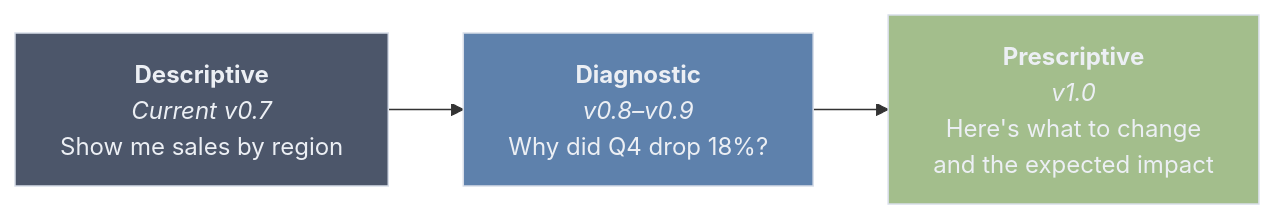
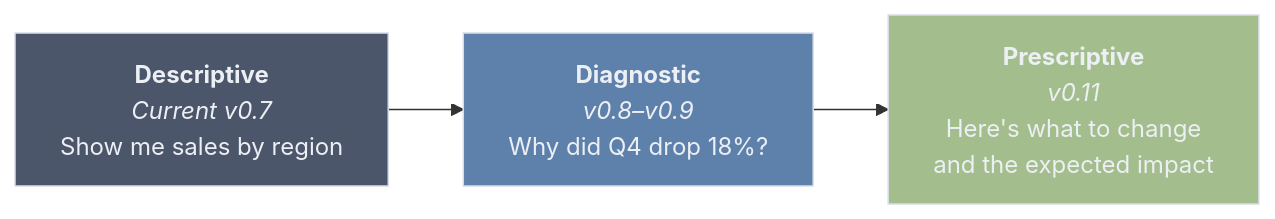
Before and after one commit to nuelo-ai/nuelo-spectra: the first of 6 diagrams in requirements/Spectra-Pulse-Requirement.md, drawn with Mermaid. The commit also changed other lines of this file and 2 other files, not shown here.

First line of the commit message:
docs: update milestone versioning — What-If is v0.11, Admin Workspace is v0.12

````diff
--- a/requirements/Spectra-Pulse-Requirement.md
+++ b/requirements/Spectra-Pulse-Requirement.md
@@ -26,10 +26,10 @@
 ```mermaid
 graph LR
     A["<b>Descriptive</b><br/><i>Current v0.7</i><br/>Show me sales by region"] -->
     B["<b>Diagnostic</b><br/><i>v0.8–v0.9</i><br/>Why did Q4 drop 18%?"] -->
-    C["<b>Prescriptive</b><br/><i>v1.0</i><br/>Here's what to change<br/>and the expected impact"]
+    C["<b>Prescriptive</b><br/><i>v0.11</i><br/>Here's what to change<br/>and the expected impact"]
 
     style A fill:#4C566A,stroke:#D8DEE9,color:#ECEFF4
     style B fill:#5E81AC,stroke:#D8DEE9,color:#ECEFF4
     style C fill:#A3BE8C,stroke:#D8DEE9,color:#ECEFF4
 ```
````
